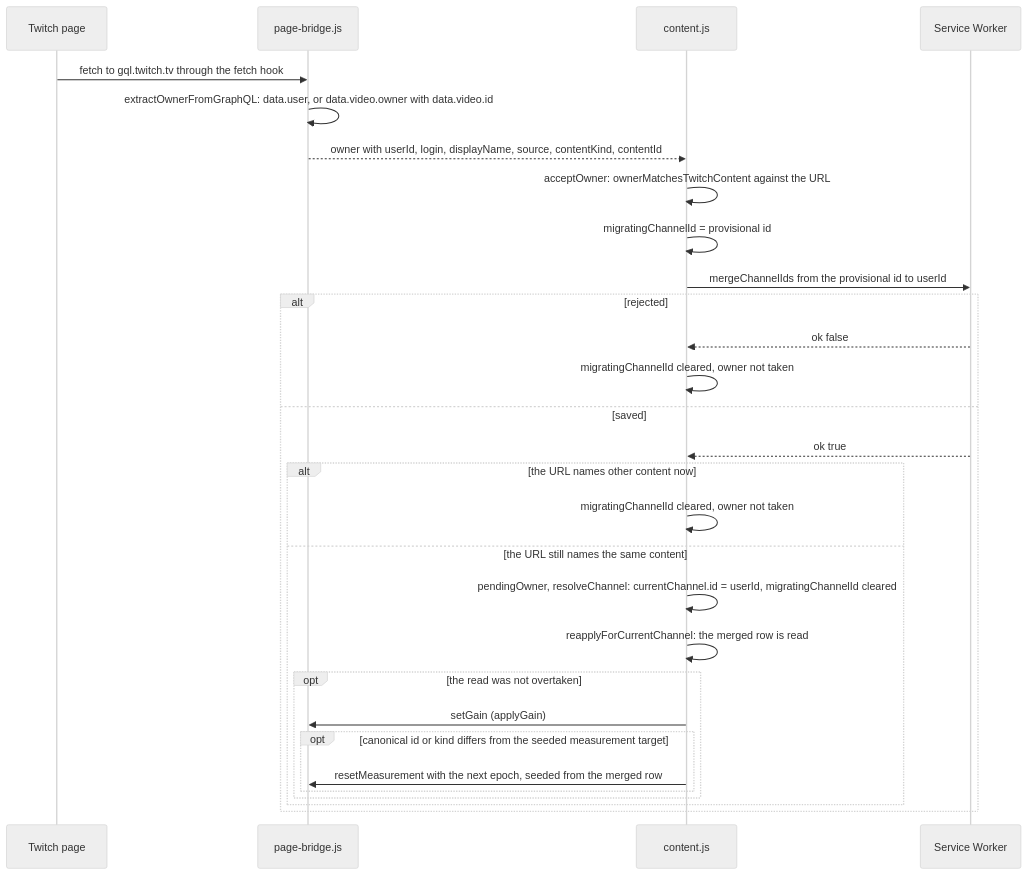
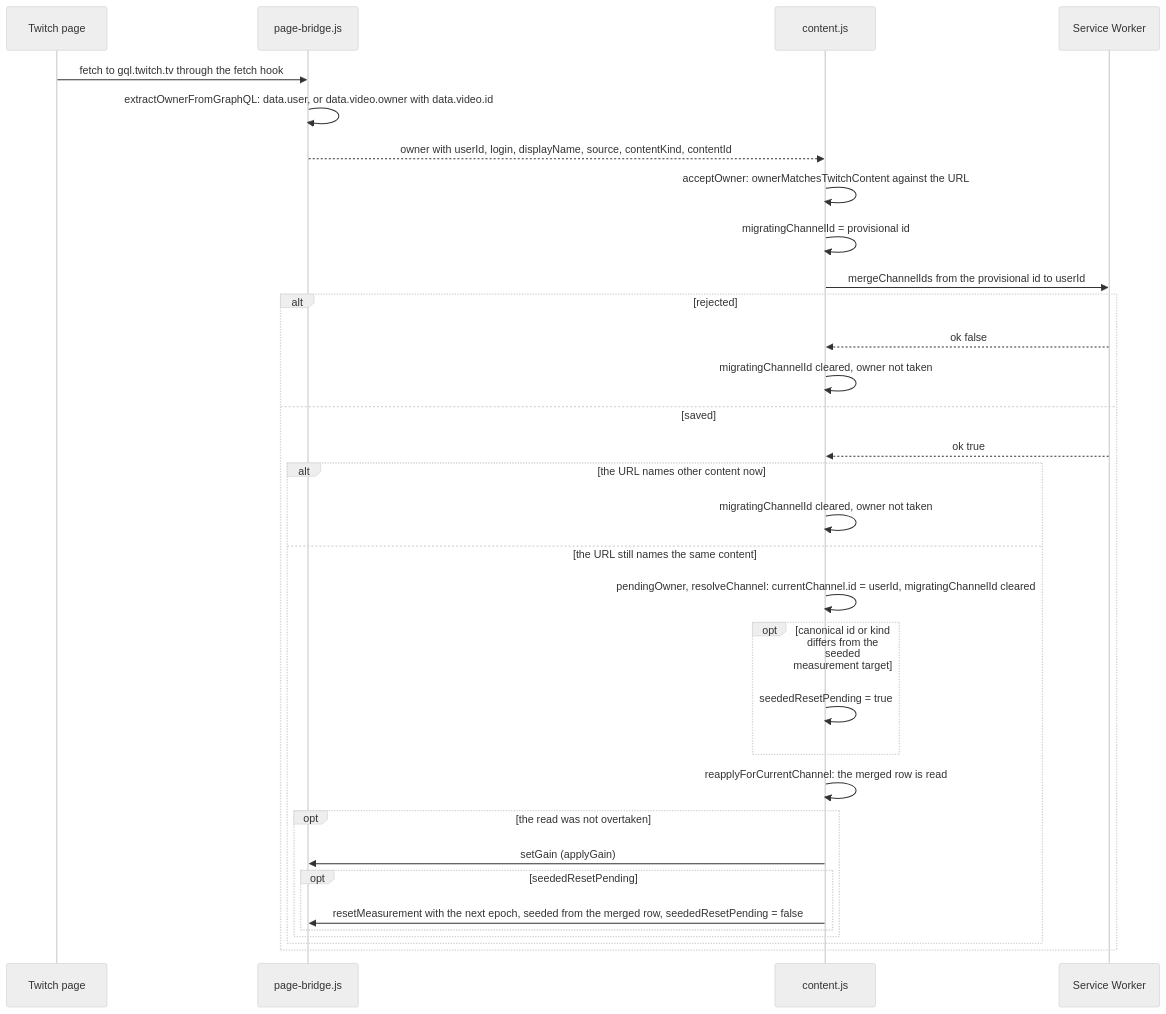
Diagram 11 of 17 in docs/gain-change-and-save.md (semnil/twitch-channel-volume), drawn with Mermaid (neutral theme) before and after one commit. The commit also changed other lines of this file and 5 other files, not shown here.

````diff
--- a/docs/gain-change-and-save.md
+++ b/docs/gain-change-and-save.md
@@ -471,31 +471,34 @@
 ```mermaid
 sequenceDiagram
   participant page as Twitch page
   participant bridge as page-bridge.js
   participant content as content.js
   participant sw as Service Worker
   page->>bridge: fetch to gql.twitch.tv through the fetch hook
   bridge->>bridge: extractOwnerFromGraphQL: data.user, or data.video.owner with data.video.id
   bridge-->>content: owner with userId, login, displayName, source, contentKind, contentId
   content->>content: acceptOwner: ownerMatchesTwitchContent against the URL
   content->>content: migratingChannelId = provisional id
   content->>sw: mergeChannelIds from the provisional id to userId
   alt rejected
     sw-->>content: ok false
     content->>content: migratingChannelId cleared, owner not taken
   else saved
     sw-->>content: ok true
     alt the URL names other content now
       content->>content: migratingChannelId cleared, owner not taken
     else the URL still names the same content
       content->>content: pendingOwner, resolveChannel: currentChannel.id = userId, migratingChannelId cleared
+      opt canonical id or kind differs from the seeded measurement target
+        content->>content: seededResetPending = true
+      end
       content->>content: reapplyForCurrentChannel: the merged row is read
       opt the read was not overtaken
         content->>bridge: setGain (applyGain)
-        opt canonical id or kind differs from the seeded measurement target
-          content->>bridge: resetMeasurement with the next epoch, seeded from the merged row
+        opt seededResetPending
+          content->>bridge: resetMeasurement with the next epoch, seeded from the merged row, seededResetPending = false
         end
       end
     end
   end
 ```
````
